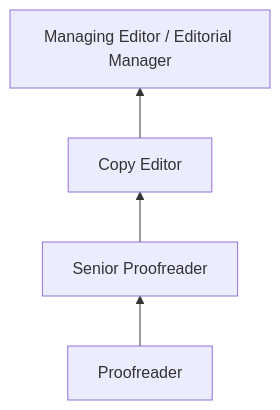
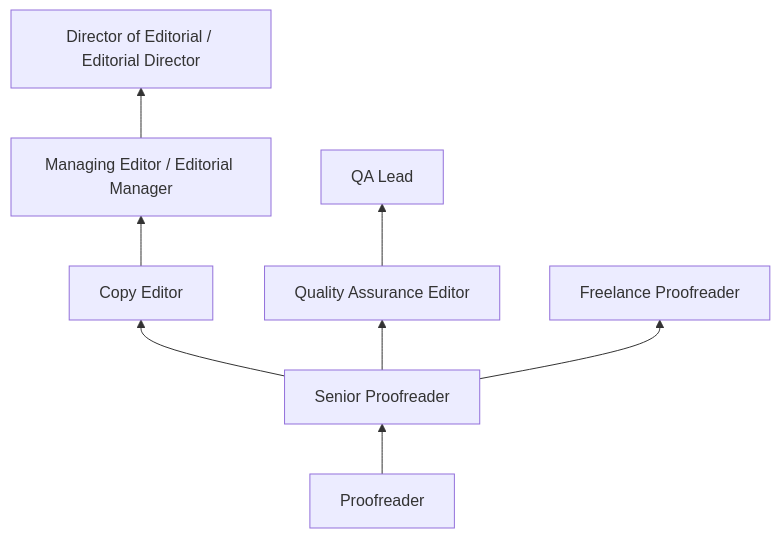
Before and after one commit to kziemski/business.org.ai: the third of 4 diagrams in occupations/Administrative/ProofreadersAndCopyMarkers.mdx, drawn with Mermaid. The commit also changed other lines of this file and 19 other files, not shown here.

````diff
--- a/occupations/Administrative/ProofreadersAndCopyMarkers.mdx
+++ b/occupations/Administrative/ProofreadersAndCopyMarkers.mdx
@@ -74,6 +190,12 @@
 ```mermaid
 graph BT
     Entry["Proofreader"] --> Mid["Senior Proofreader"]
     Mid --> Editor["Copy Editor"]
     Editor --> Senior["Managing Editor / Editorial Manager"]
+    Senior --> Director["Director of Editorial / Editorial Director"]
+
+    Mid --> Specialist["Quality Assurance Editor"]
+    Specialist --> QALead["QA Lead"]
+
+    Mid --> Freelance["Freelance Proofreader"]
 ```
````
